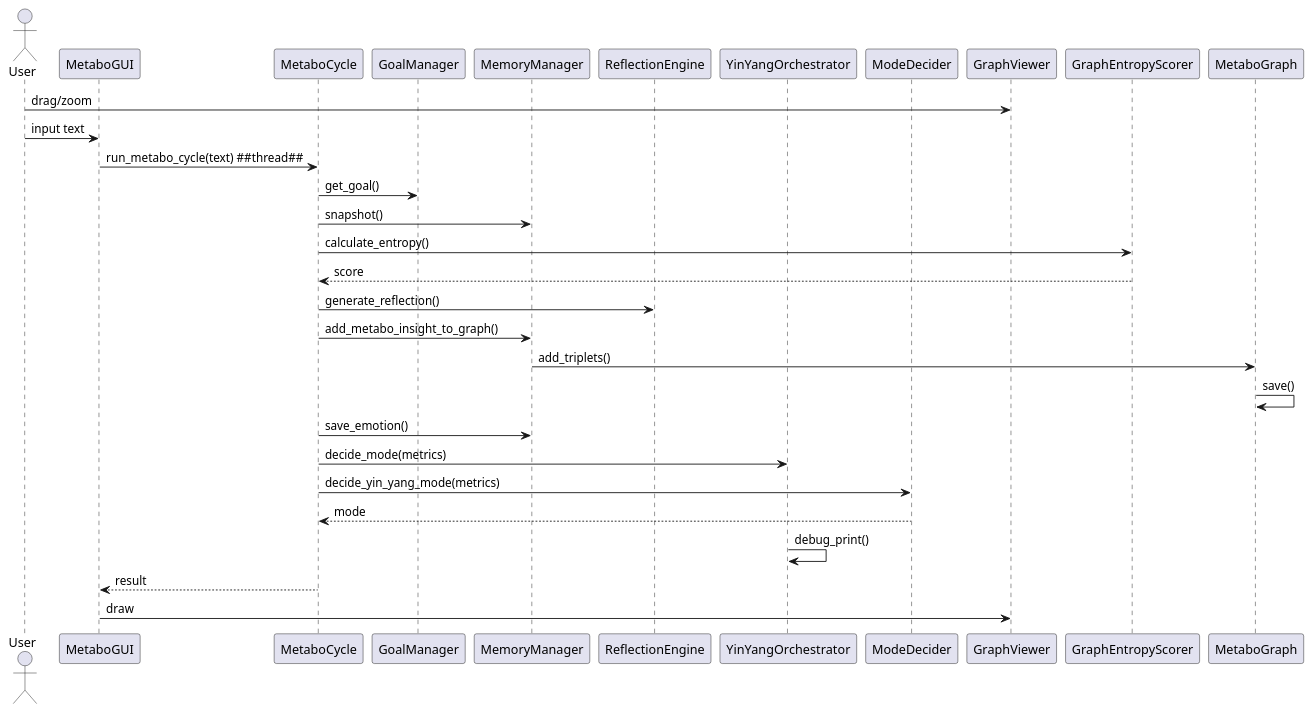
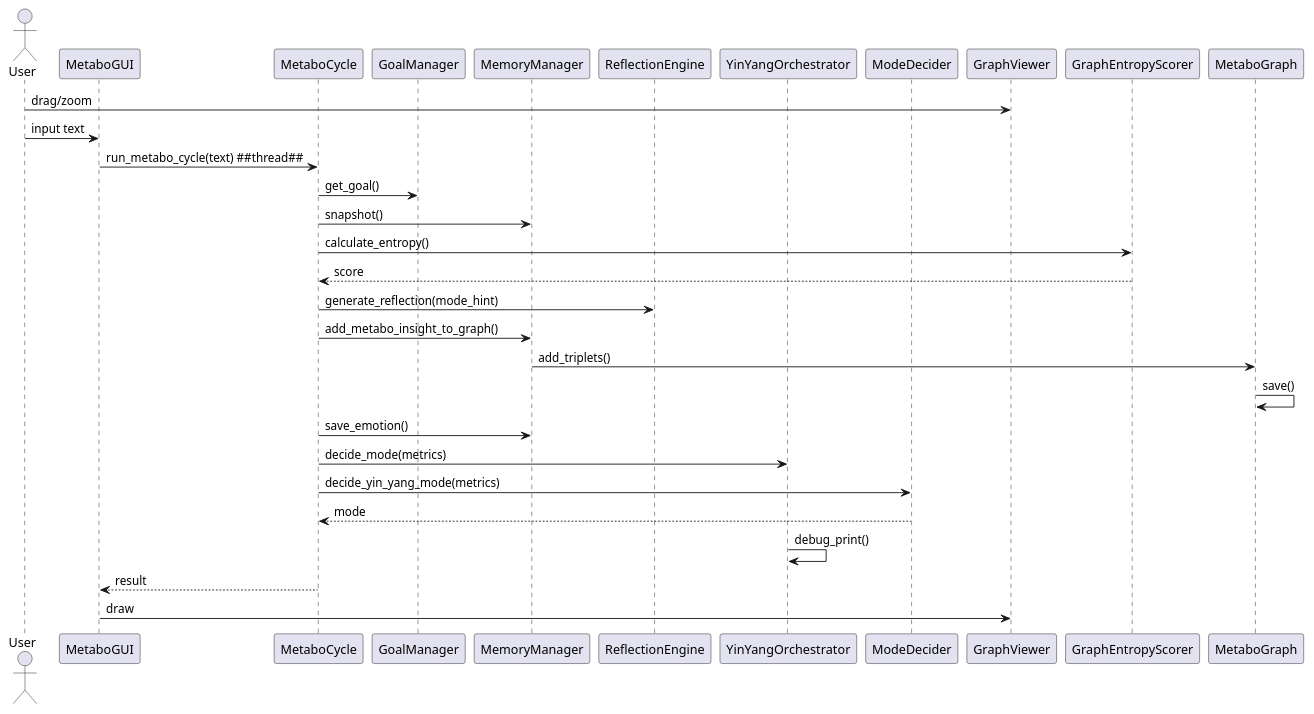
The diagram in doc/diagrams/sequence_diagram.puml (marcusreimold/MetaboMind), drawn with PlantUML before and after one commit. The commit also changed 19 other files, not shown here.

```diff
--- a/doc/diagrams/sequence_diagram.puml
+++ b/doc/diagrams/sequence_diagram.puml
@@ -1,31 +1,31 @@
 @startuml
 '/ updated after emotion-mode fix
 actor User
 participant MetaboGUI
 participant MetaboCycle
 participant GoalManager
 participant MemoryManager
 participant ReflectionEngine
 participant YinYangOrchestrator
 participant ModeDecider
 participant GraphViewer
 participant GraphEntropyScorer
 User -> GraphViewer: drag/zoom
 User -> MetaboGUI: input text
 MetaboGUI -> MetaboCycle: run_metabo_cycle(text) ##thread##
 MetaboCycle -> GoalManager: get_goal()
 MetaboCycle -> MemoryManager: snapshot()
 MetaboCycle -> GraphEntropyScorer: calculate_entropy()
 GraphEntropyScorer --> MetaboCycle: score
-MetaboCycle -> ReflectionEngine: generate_reflection()
+MetaboCycle -> ReflectionEngine: generate_reflection(mode_hint)
 MetaboCycle -> MemoryManager: add_metabo_insight_to_graph()
 MemoryManager -> MetaboGraph: add_triplets()
 MetaboGraph -> MetaboGraph: save()
 MetaboCycle -> MemoryManager: save_emotion()
 MetaboCycle -> YinYangOrchestrator: decide_mode(metrics)
 MetaboCycle -> ModeDecider: decide_yin_yang_mode(metrics)
 ModeDecider --> MetaboCycle: mode
 YinYangOrchestrator -> YinYangOrchestrator: debug_print()
 MetaboCycle --> MetaboGUI: result
 MetaboGUI -> GraphViewer: draw
 @enduml
```
